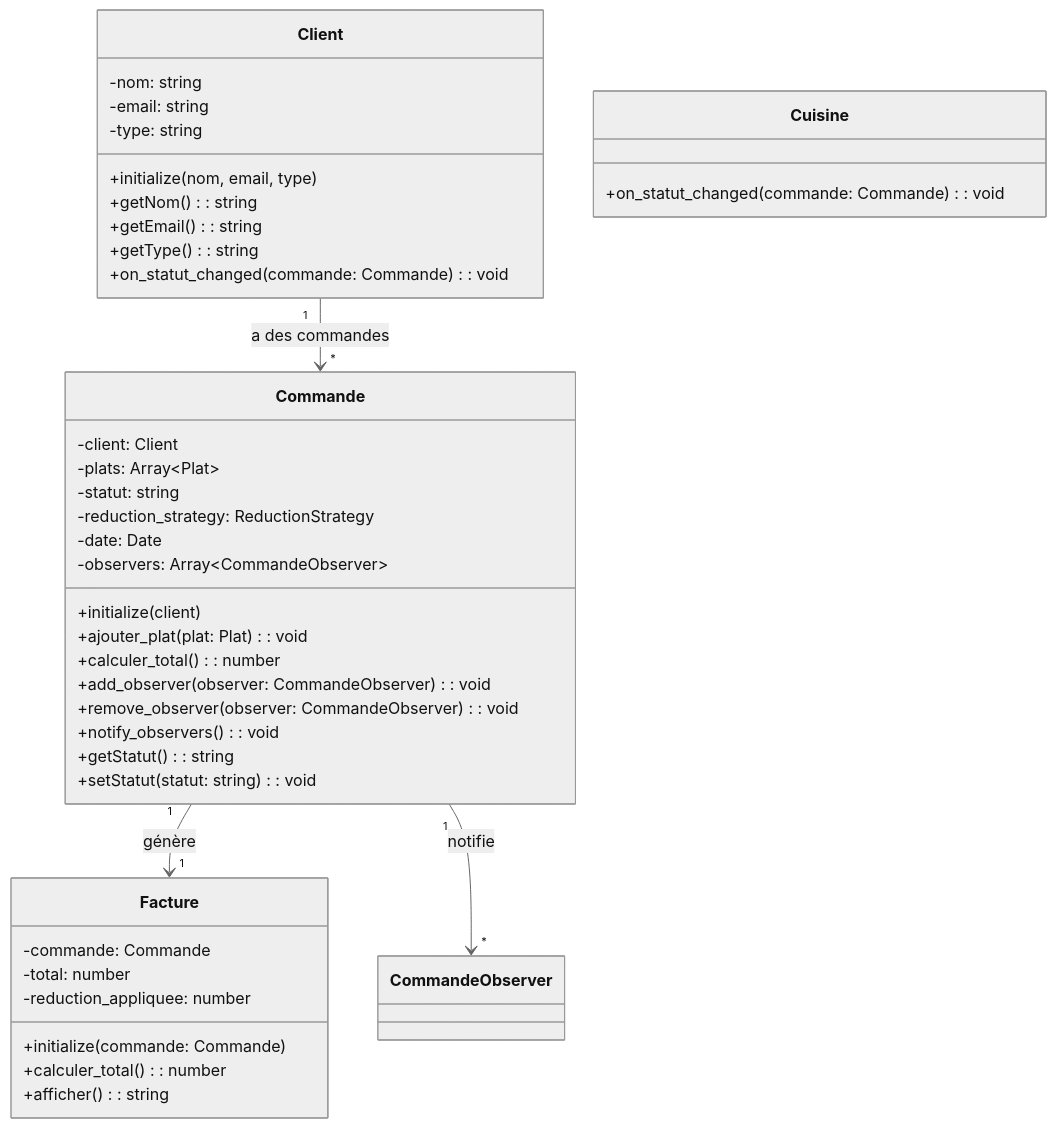
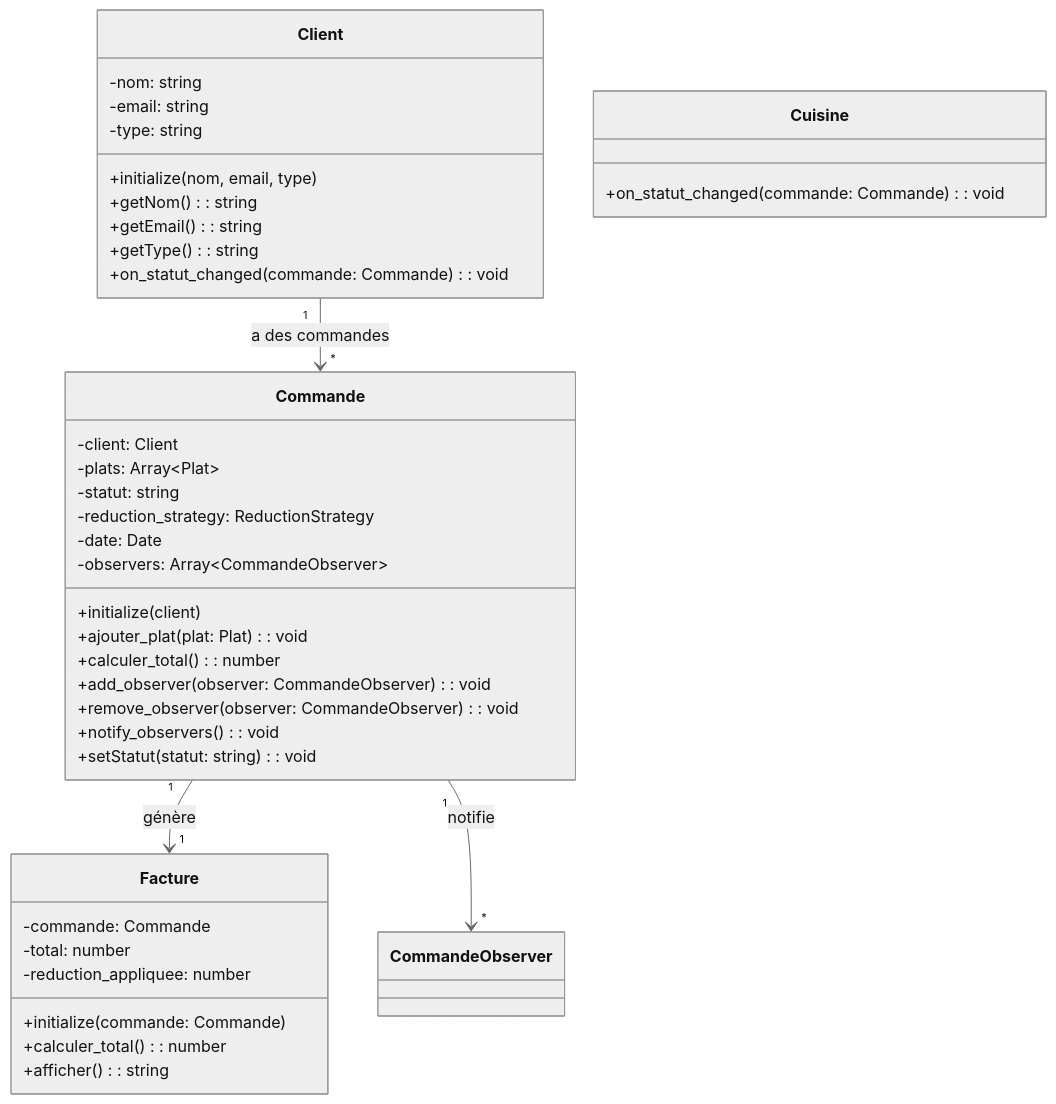
One commit to paulinetaillemite2/adaM3-POO-DesignPatterns-Restaurant changed the second of 7 diagrams in diagramme-uml-restaurant.md. Above: the diagram before and after it, drawn with Mermaid (neutral theme). The commit also changed other lines of this file and 10 other files, not shown here.

Commit message:
finalise diagram

````diff
--- a/diagramme-uml-restaurant.md
+++ b/diagramme-uml-restaurant.md
@@ -297,47 +296,46 @@
 ```mermaid
 classDiagram
     class Client {
         -nom: string
         -email: string
         -type: string
         +initialize(nom, email, type)
         +getNom(): string
         +getEmail(): string
         +getType(): string
         +on_statut_changed(commande: Commande): void
     }
     
     class Commande {
         -client: Client
         -plats: Array~Plat~
         -statut: string
         -reduction_strategy: ReductionStrategy
         -date: Date
         -observers: Array~CommandeObserver~
         +initialize(client)
         +ajouter_plat(plat: Plat): void
         +calculer_total(): number
         +add_observer(observer: CommandeObserver): void
         +remove_observer(observer: CommandeObserver): void
         +notify_observers(): void
-        +getStatut(): string
         +setStatut(statut: string): void
     }
     
     class Facture {
         -commande: Commande
         -total: number
         -reduction_appliquee: number
         +initialize(commande: Commande)
         +calculer_total(): number
         +afficher(): string
     }
     
     class Cuisine {
         +on_statut_changed(commande: Commande): void
     }
     
     Client "1" --> "*" Commande : a des commandes
     Commande "1" --> "1" Facture : génère
     Commande "1" --> "*" CommandeObserver : notifie
 ```
````
